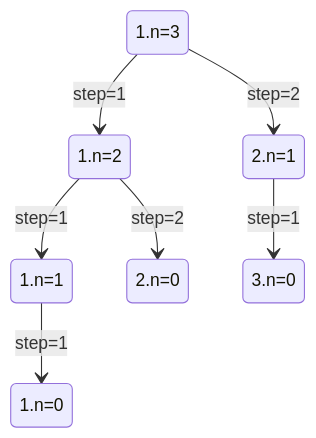
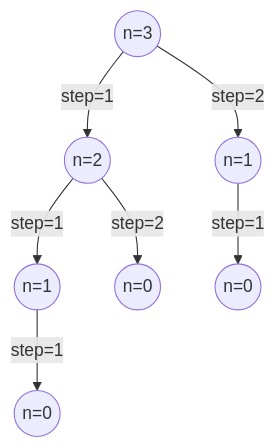
The diagram in _posts/2024-01-16-introduction-to-dynamic-programing-part1.md (ssase/ssase.github.io), drawn with Mermaid before and after one commit.

Commit message:
update DP

````diff
--- a/_posts/2024-01-16-introduction-to-dynamic-programing-part1.md
+++ b/_posts/2024-01-16-introduction-to-dynamic-programing-part1.md
@@ -33,9 +33,9 @@
 ```mermaid
-stateDiagram-v2
-    1.n=3 --> 1.n=2: step=1
-    1.n=3 --> 2.n=1: step=2
-    1.n=2 --> 1.n=1: step=1
-    1.n=1 --> 1.n=0: step=1
-    1.n=2 --> 2.n=0: step=2
-    2.n=1 --> 3.n=0: step=1
+graph
+    1((n=3)) --step=1--> 2((n=2))
+    1 --step=2--> 3((n=1))
+    2 --step=1--> 4((n=1))
+    2 --step=2--> 5((n=0))
+    3 --step=1--> 6((n=0))
+    4 --step=1--> 7((n=0))
 ```
````
